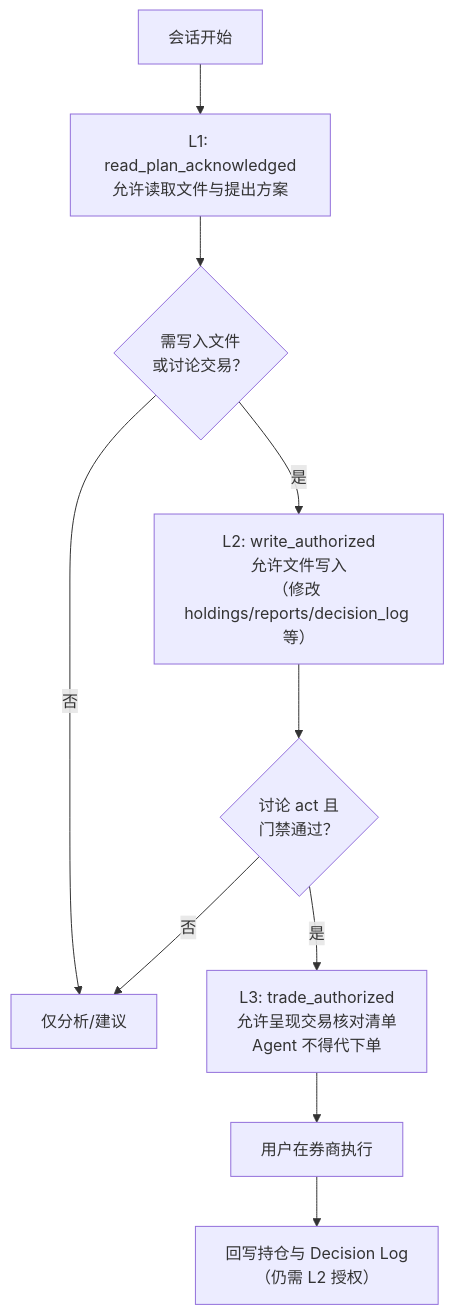
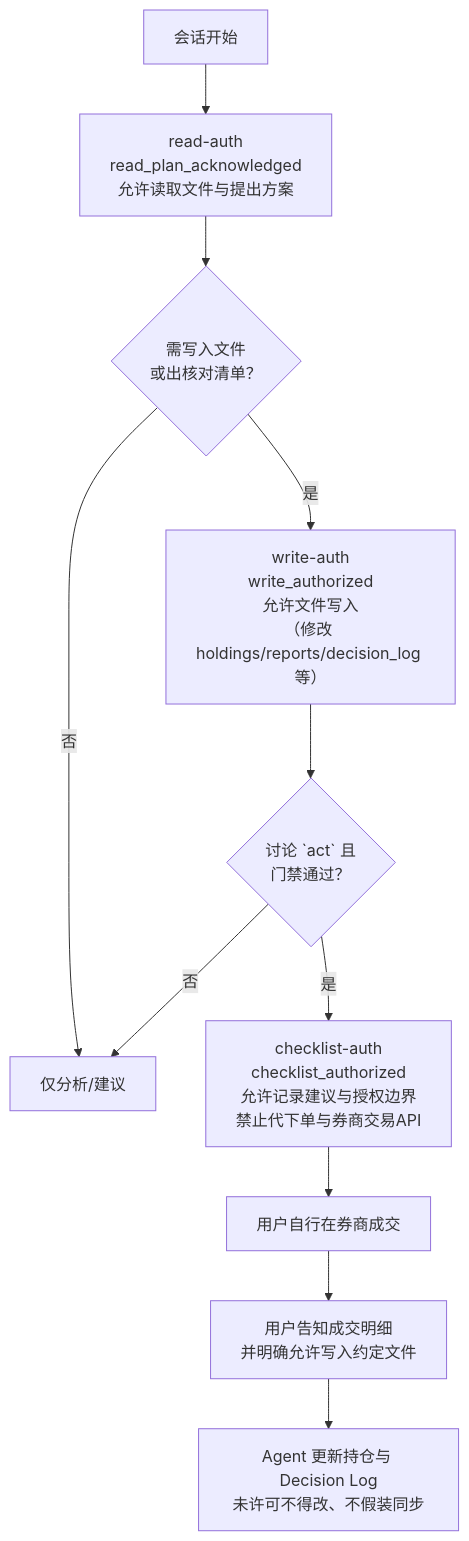
Before and after one commit to Meta11ic0/PIOS: the diagram in prompts/review_pipeline.md, drawn with Mermaid. The commit also changed other lines of this file and 51 other files, not shown here.

Commit message:
update2, mainly on architecture

````diff
--- a/prompts/review_pipeline.md
+++ b/prompts/review_pipeline.md
@@ -49,12 +49,13 @@
 ```mermaid
 flowchart TD
-  Start[会话开始] --> L1["L1: read_plan_acknowledged<br/>允许读取文件与提出方案"]
-  L1 --> L2{"需写入文件<br/>或讨论交易？"}
-  L2 -->|否| Done[仅分析/建议]
-  L2 -->|是| L2A["L2: write_authorized<br/>允许文件写入<br/>（修改 holdings/reports/decision_log 等）"]
-  L2A --> L3{"讨论 act 且<br/>门禁通过？"}
-  L3 -->|否| Done
-  L3 -->|是| L3A["L3: trade_authorized<br/>允许呈现交易核对清单<br/>Agent 不得代下单"]
-  L3A --> UserExec["用户在券商执行"]
-  UserExec --> Writeback["回写持仓与 Decision Log<br/>（仍需 L2 授权）"]
+  Start[会话开始] --> A1["read-auth<br/>read_plan_acknowledged<br/>允许读取文件与提出方案"]
+  A1 --> Need{"需写入文件<br/>或出核对清单？"}
+  Need -->|否| Done[仅分析/建议]
+  Need -->|是| A2["write-auth<br/>write_authorized<br/>允许文件写入<br/>（修改 holdings/reports/decision_log 等）"]
+  A2 --> ActQ{"讨论 `act` 且<br/>门禁通过？"}
+  ActQ -->|否| Done
+  ActQ -->|是| A3["checklist-auth<br/>checklist_authorized<br/>允许记录建议与授权边界<br/>禁止代下单与券商交易API"]
+  A3 --> UserExec["用户自行在券商成交"]
+  UserExec --> Tell["用户告知成交明细<br/>并明确允许写入约定文件"]
+  Tell --> Writeback["Agent 更新持仓与 Decision Log<br/>未许可不得改、不假装同步"]
 ```
````
